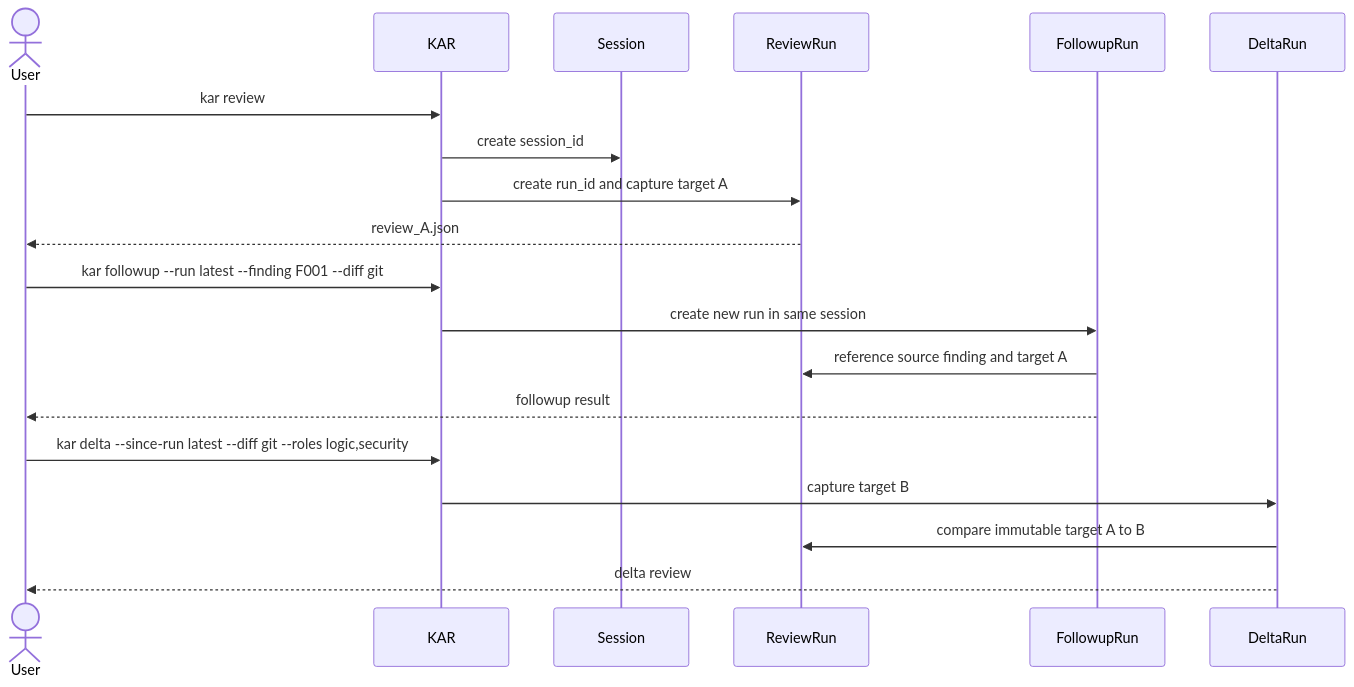
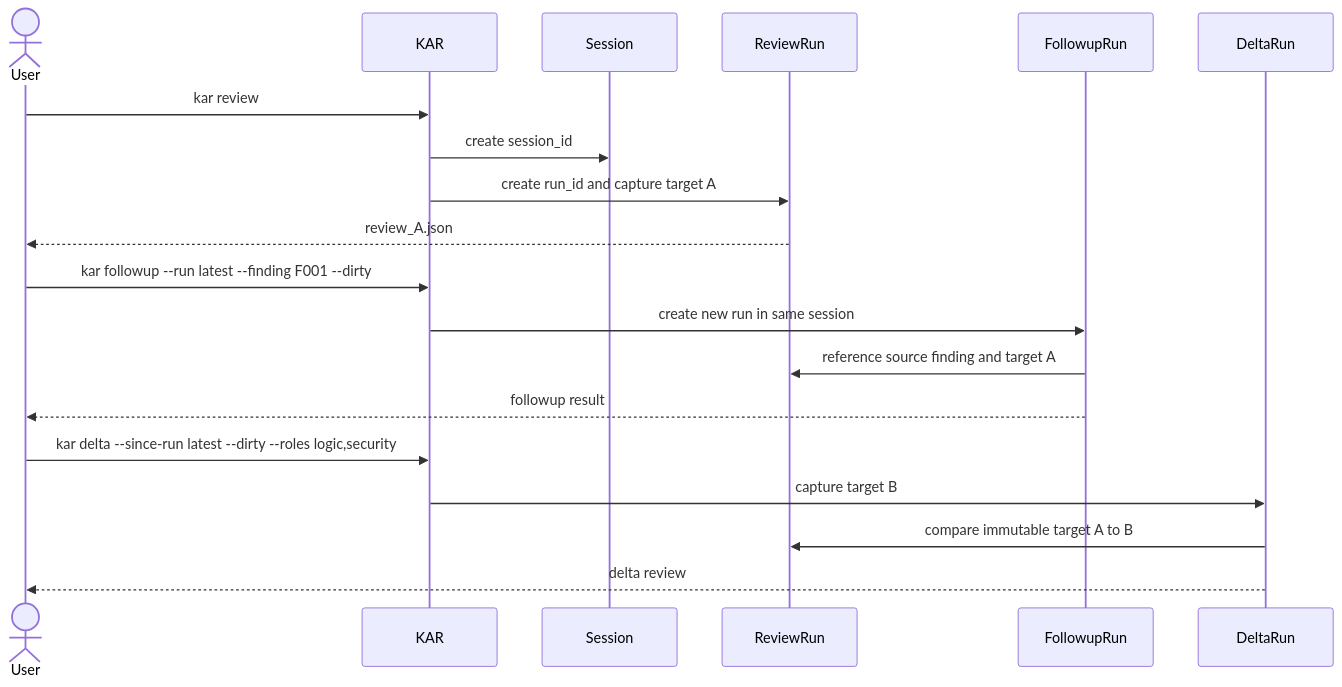
The diagram in sot/docs/03-cli-workflows.md (irootkernel/mulgae), drawn with Mermaid before and after one commit. The commit also changed other lines of this file and 118 other files, not shown here.

````diff
--- a/sot/docs/03-cli-workflows.md
+++ b/sot/docs/03-cli-workflows.md
@@ -234,24 +271,24 @@
 ```mermaid
 sequenceDiagram
     actor User
     participant KAR
     participant Session
     participant ReviewRun
     participant FollowupRun
     participant DeltaRun
 
     User->>KAR: kar review
     KAR->>Session: create session_id
     KAR->>ReviewRun: create run_id and capture target A
     ReviewRun-->>User: review_A.json
 
-    User->>KAR: kar followup --run latest --finding F001 --diff git
+    User->>KAR: kar followup --run latest --finding F001 --dirty
     KAR->>FollowupRun: create new run in same session
     FollowupRun->>ReviewRun: reference source finding and target A
     FollowupRun-->>User: followup result
 
-    User->>KAR: kar delta --since-run latest --diff git --roles logic,security
+    User->>KAR: kar delta --since-run latest --dirty --roles logic,security
     KAR->>DeltaRun: capture target B
     DeltaRun->>ReviewRun: compare immutable target A to B
     DeltaRun-->>User: delta review
 ```
````
